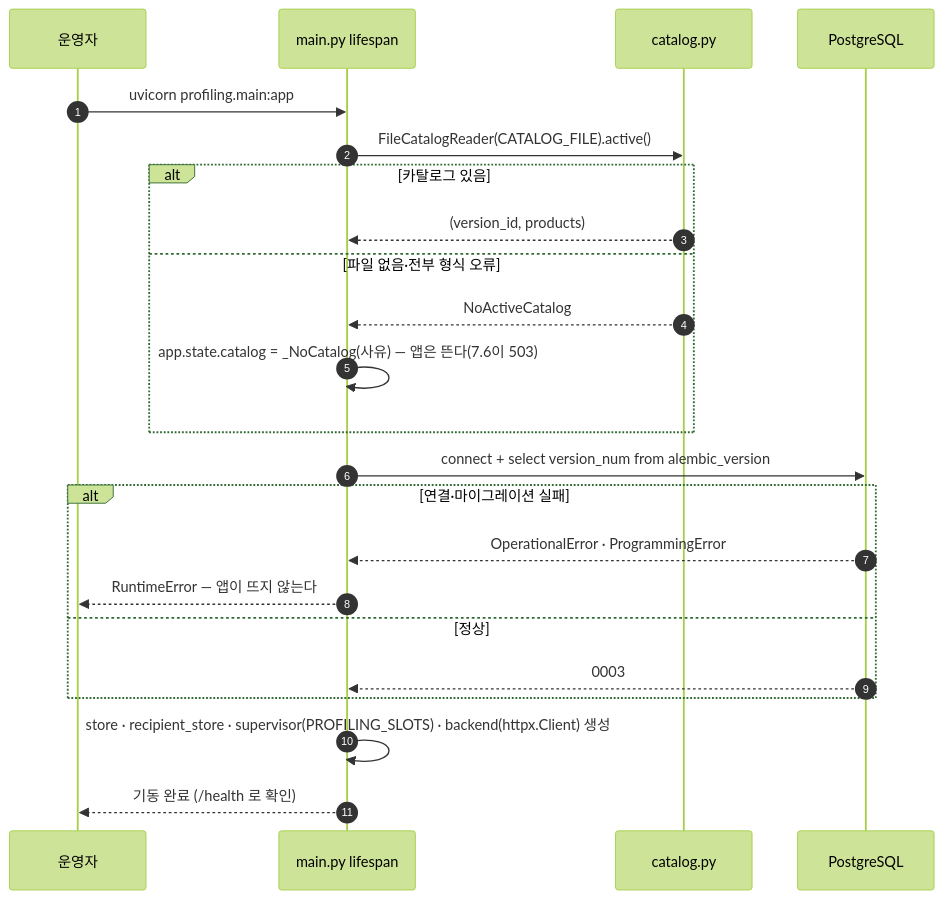
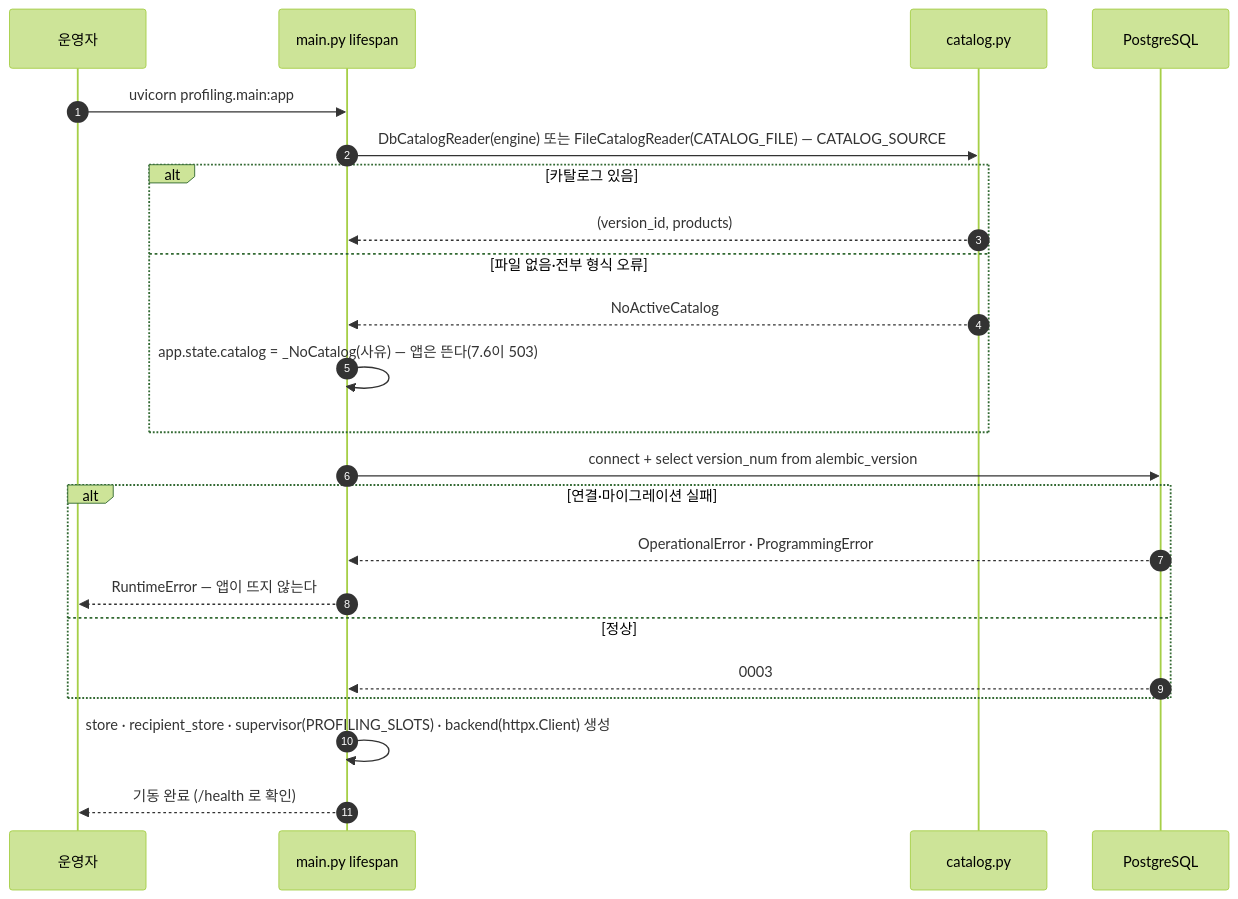
Before and after one commit to 100-hours-a-week/KTB4-12th-AI: the first of 6 diagrams in profiling/docs/시퀀스_전체.md, drawn with Mermaid (forest theme). The commit also changed other lines of this file and 13 other files, not shown here.

First line of the commit message:
feat(profiling): 카탈로그를 DB에서 읽는다 — DbCatalogReader (배포 선결 조건)

````diff
--- a/profiling/docs/시퀀스_전체.md
+++ b/profiling/docs/시퀀스_전체.md
@@ -41,25 +41,25 @@
 ```mermaid
 sequenceDiagram
   autonumber
   participant OP as 운영자
   participant APP as main.py lifespan
   participant CAT as catalog.py
   participant DB as PostgreSQL
   OP->>APP: uvicorn profiling.main:app
-  APP->>CAT: FileCatalogReader(CATALOG_FILE).active()
+  APP->>CAT: DbCatalogReader(engine) 또는 FileCatalogReader(CATALOG_FILE) — CATALOG_SOURCE
   alt 카탈로그 있음
     CAT-->>APP: (version_id, products)
   else 파일 없음·전부 형식 오류
     CAT-->>APP: NoActiveCatalog
     APP->>APP: app.state.catalog = _NoCatalog(사유) — 앱은 뜬다(7.6이 503)
   end
   APP->>DB: connect + select version_num from alembic_version
   alt 연결·마이그레이션 실패
     DB-->>APP: OperationalError · ProgrammingError
     APP-->>OP: RuntimeError — 앱이 뜨지 않는다
   else 정상
     DB-->>APP: 0003
   end
   APP->>APP: store · recipient_store · supervisor(PROFILING_SLOTS) · backend(httpx.Client) 생성
   APP-->>OP: 기동 완료 (/health 로 확인)
 ```
````
